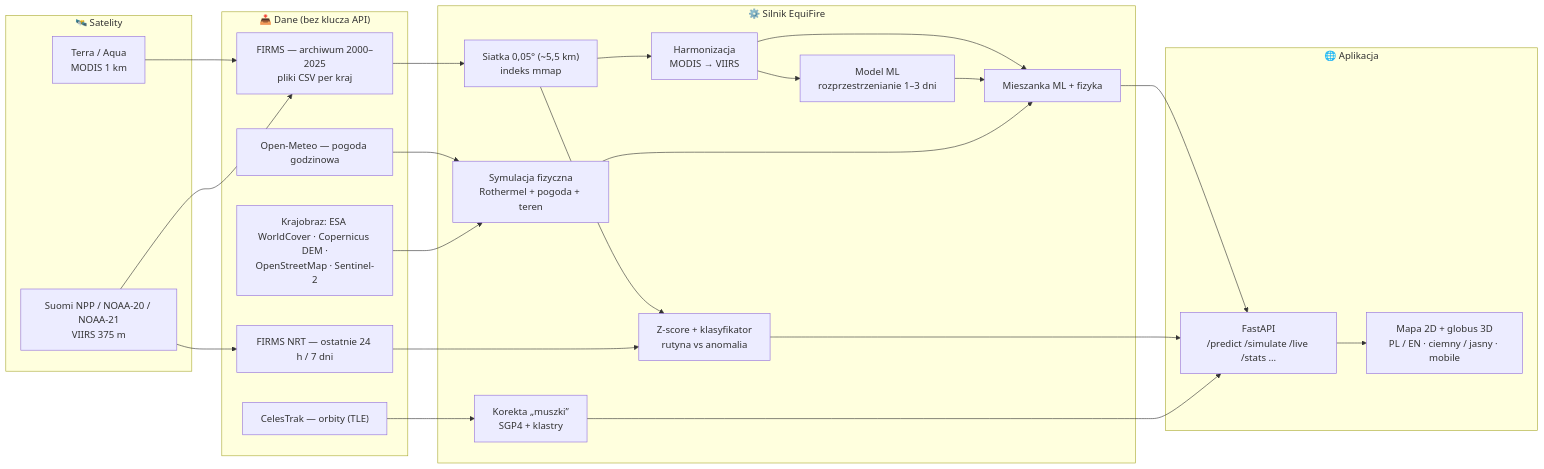
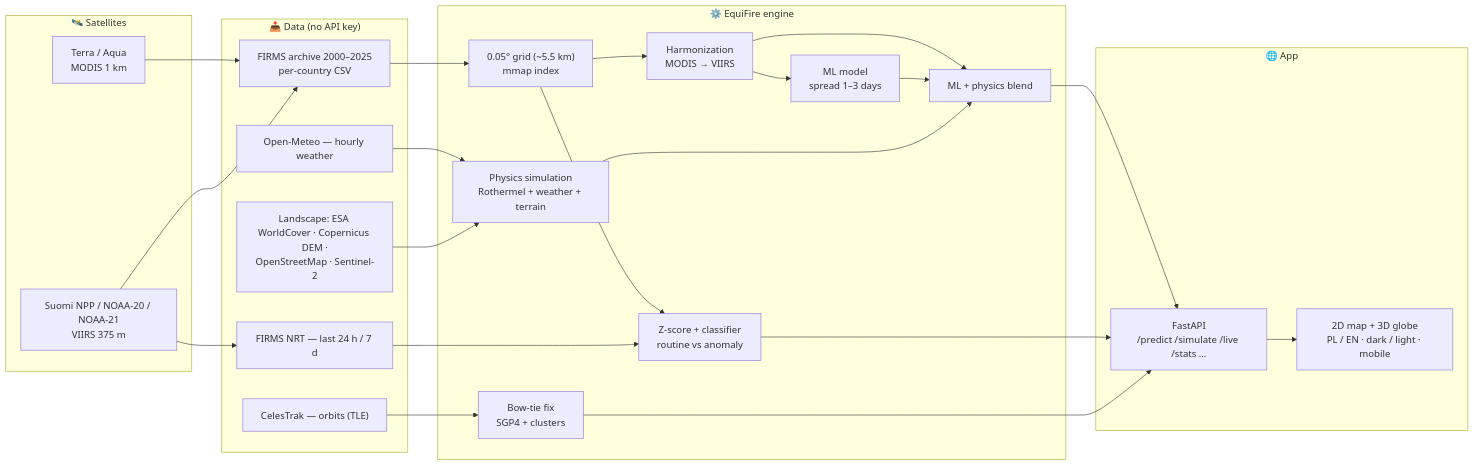
One commit to Xjuu/nasa-space-apps-2026 changed the diagram in README.md. Above: the diagram before and after it, drawn with Mermaid. The commit also changed other lines of this file and 2 other files, not shown here.

````diff
--- a/README.md
+++ b/README.md
@@ -110,43 +111,43 @@
 ```mermaid
 flowchart LR
-    subgraph SAT["🛰️ Satelity"]
+    subgraph SAT["🛰️ Satellites"]
         T["Terra / Aqua<br/>MODIS 1 km"]
         V["Suomi NPP / NOAA-20 / NOAA-21<br/>VIIRS 375 m"]
     end
-    subgraph DATA["📥 Dane (bez klucza API)"]
-        A["FIRMS — archiwum 2000–2025<br/>pliki CSV per kraj"]
-        N["FIRMS NRT — ostatnie 24 h / 7 dni"]
-        W["Open-Meteo — pogoda godzinowa"]
-        L["Krajobraz: ESA WorldCover · Copernicus DEM ·<br/>OpenStreetMap · Sentinel-2"]
-        O["CelesTrak — orbity (TLE)"]
+    subgraph DATA["📥 Data (no API key)"]
+        A["FIRMS archive 2000–2025<br/>per-country CSV"]
+        N["FIRMS NRT — last 24 h / 7 d"]
+        W["Open-Meteo — hourly weather"]
+        L["Landscape: ESA WorldCover · Copernicus DEM ·<br/>OpenStreetMap · Sentinel-2"]
+        O["CelesTrak — orbits (TLE)"]
     end
-    subgraph CORE["⚙️ Silnik EquiFire"]
-        G["Siatka 0,05° (~5,5 km)<br/>indeks mmap"]
-        H["Harmonizacja<br/>MODIS → VIIRS"]
-        B["Korekta „muszki”<br/>SGP4 + klastry"]
-        M["Model ML<br/>rozprzestrzenianie 1–3 dni"]
-        P["Symulacja fizyczna<br/>Rothermel + pogoda + teren"]
-        E["Mieszanka ML + fizyka"]
-        Z["Z-score + klasyfikator<br/>rutyna vs anomalia"]
+    subgraph CORE["⚙️ EquiFire engine"]
+        G["0.05° grid (~5.5 km)<br/>mmap index"]
+        H["Harmonization<br/>MODIS → VIIRS"]
+        B["Bow-tie fix<br/>SGP4 + clusters"]
+        M["ML model<br/>spread 1–3 days"]
+        P["Physics simulation<br/>Rothermel + weather + terrain"]
+        E["ML + physics blend"]
+        Z["Z-score + classifier<br/>routine vs anomaly"]
     end
-    subgraph APP["🌐 Aplikacja"]
+    subgraph APP["🌐 App"]
         API["FastAPI<br/>/predict /simulate /live /stats …"]
-        UI["Mapa 2D + globus 3D<br/>PL / EN · ciemny / jasny · mobile"]
+        UI["2D map + 3D globe<br/>PL / EN · dark / light · mobile"]
     end
     T --> A
     V --> A
     V --> N
     A --> G --> H --> M
     G --> Z
     N --> Z
     W --> P
     L --> P
     O --> B
     H --> E
     M --> E
     P --> E
     E --> API
     Z --> API
     B --> API
     API --> UI
 ```
````
